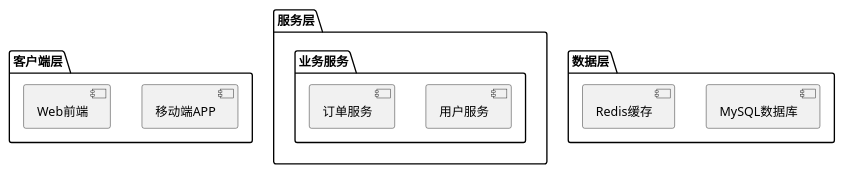
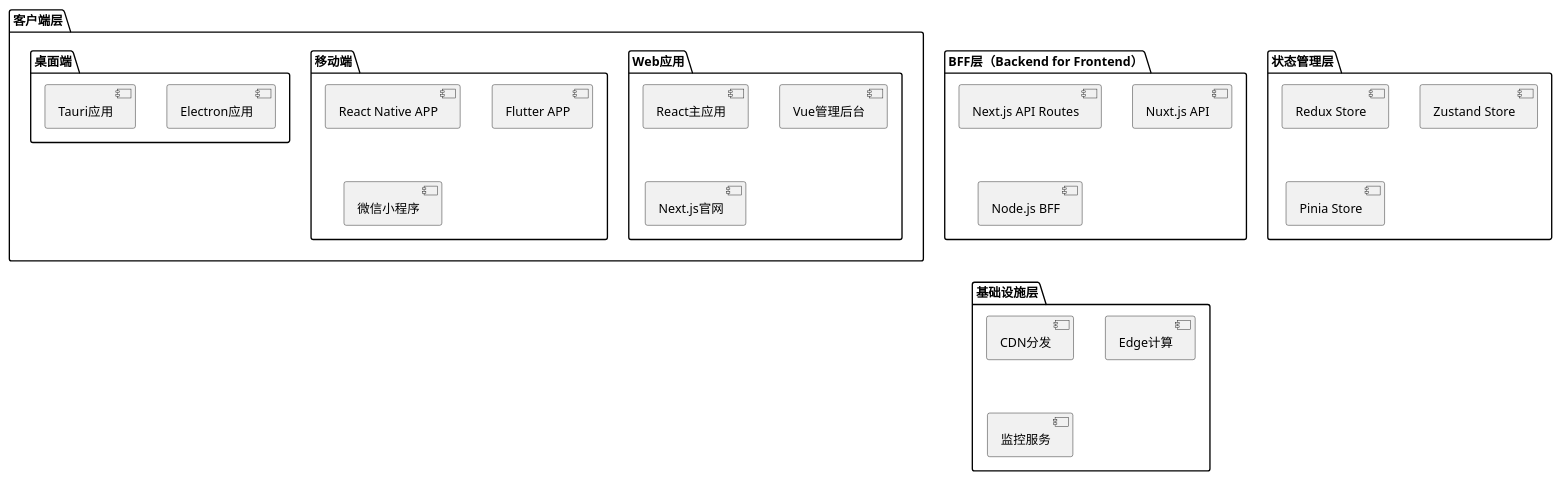
One commit to felixzhu97/system-design changed the first of 7 diagrams in .cursor/rules/system-design-puml.mdc. Above: the diagram before and after it, drawn with PlantUML. The commit also changed other lines of this file and 3 other files, not shown here.

First line of the commit message:
refactor: Update C4 and PlantUML guidelines with modern frontend architecture patterns

````diff
--- a/.cursor/rules/system-design-puml.mdc
+++ b/.cursor/rules/system-design-puml.mdc
@@ -43,18 +43,36 @@
 ```puml
 package "客户端层" {
-    [移动端APP] as MobileApp
-    [Web前端] as WebApp
-}
-
-package "服务层" {
-    package "业务服务" {
-        [用户服务] as UserService
-        [订单服务] as OrderService
+    package "Web应用" {
+        [React主应用] as ReactApp
+        [Vue管理后台] as VueAdmin
+        [Next.js官网] as NextSite
+    }
+    package "移动端" {
+        [React Native APP] as RNApp
+        [Flutter APP] as FlutterApp
+        [微信小程序] as WeChatMP
+    }
+    package "桌面端" {
+        [Electron应用] as ElectronApp
+        [Tauri应用] as TauriApp
     }
 }
 
-package "数据层" {
-    [MySQL数据库] as MySQL
-    [Redis缓存] as Redis
+package "BFF层（Backend for Frontend）" {
+    [Next.js API Routes] as NextAPI
+    [Nuxt.js API] as NuxtAPI
+    [Node.js BFF] as NodeBFF
+}
+
+package "状态管理层" {
+    [Redux Store] as ReduxStore
+    [Zustand Store] as ZustandStore
+    [Pinia Store] as PiniaStore
+}
+
+package "基础设施层" {
+    [CDN分发] as CDN
+    [Edge计算] as Edge
+    [监控服务] as Monitor
 }
 ```
````
